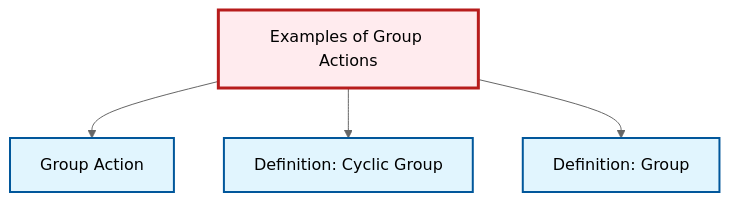
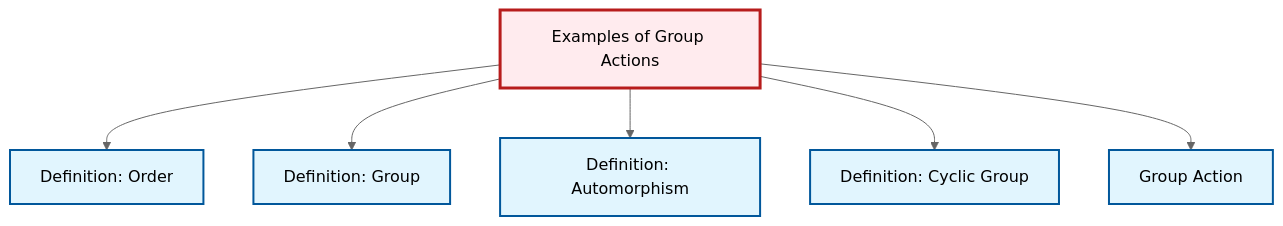
One commit to RK0429/ModernMath changed the diagram in content/ja/algebra/ex-group-action-examples.qmd. Above: the diagram before and after it, drawn with Mermaid (neutral theme). The commit also changed 581 other files, not shown here.

````diff
--- a/content/ja/algebra/ex-group-action-examples.qmd
+++ b/content/ja/algebra/ex-group-action-examples.qmd
@@ -78,20 +78,26 @@
 ```{mermaid}
 %%| fig-cap: "Local dependency graph"
 graph TD
     classDef definition fill:#e1f5fe,stroke:#01579b,stroke-width:2px
     classDef theorem fill:#f3e5f5,stroke:#4a148c,stroke-width:2px
     classDef axiom fill:#fff3e0,stroke:#e65100,stroke-width:2px
     classDef example fill:#e8f5e9,stroke:#1b5e20,stroke-width:2px
     classDef current fill:#ffebee,stroke:#b71c1c,stroke-width:3px
+    def-order["Definition: Order"]:::definition
+    def-group-action["Group Action"]:::definition
+    ex-group-action-examples["Examples of Group Actions"]:::example
+    def-cyclic-group["Definition: Cyclic Group"]:::definition
     def-group["Definition: Group"]:::definition
-    ex-group-action-examples["Examples of Group Actions"]:::example
-    def-group-action["Group Action"]:::definition
-    def-cyclic-group["Definition: Cyclic Group"]:::definition
+    def-automorphism["Definition: Automorphism"]:::definition
+    ex-group-action-examples --> def-order
+    ex-group-action-examples --> def-group
+    ex-group-action-examples --> def-automorphism
+    ex-group-action-examples --> def-cyclic-group
     ex-group-action-examples --> def-group-action
-    ex-group-action-examples --> def-cyclic-group
-    ex-group-action-examples --> def-group
     class ex-group-action-examples current
-    click def-group "def-group.html" "Definition: Groupへ"
+    click def-order "def-order.html" "Definition: Orderへ"
     click def-group-action "def-group-action.html" "Group Actionへ"
     click def-cyclic-group "def-cyclic-group.html" "Definition: Cyclic Groupへ"
+    click def-group "def-group.html" "Definition: Groupへ"
+    click def-automorphism "def-automorphism.html" "Definition: Automorphismへ"
 ```
````
